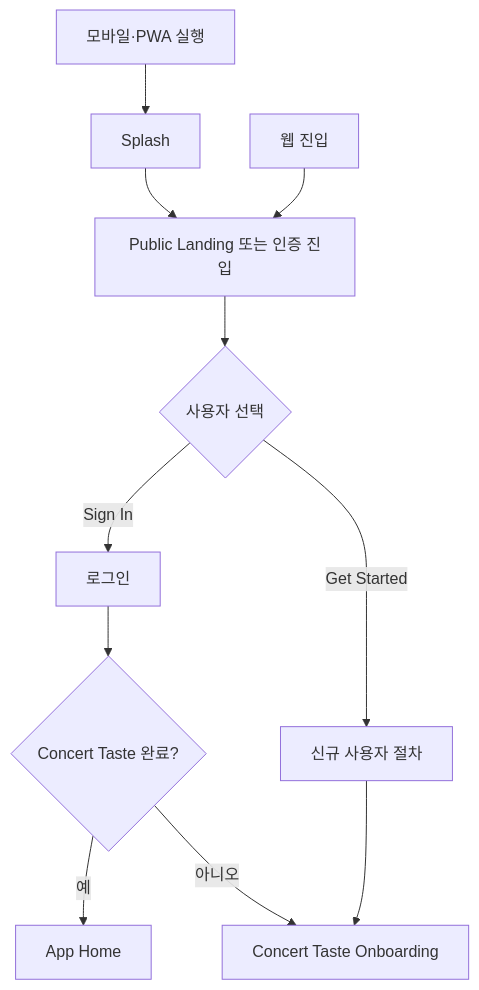
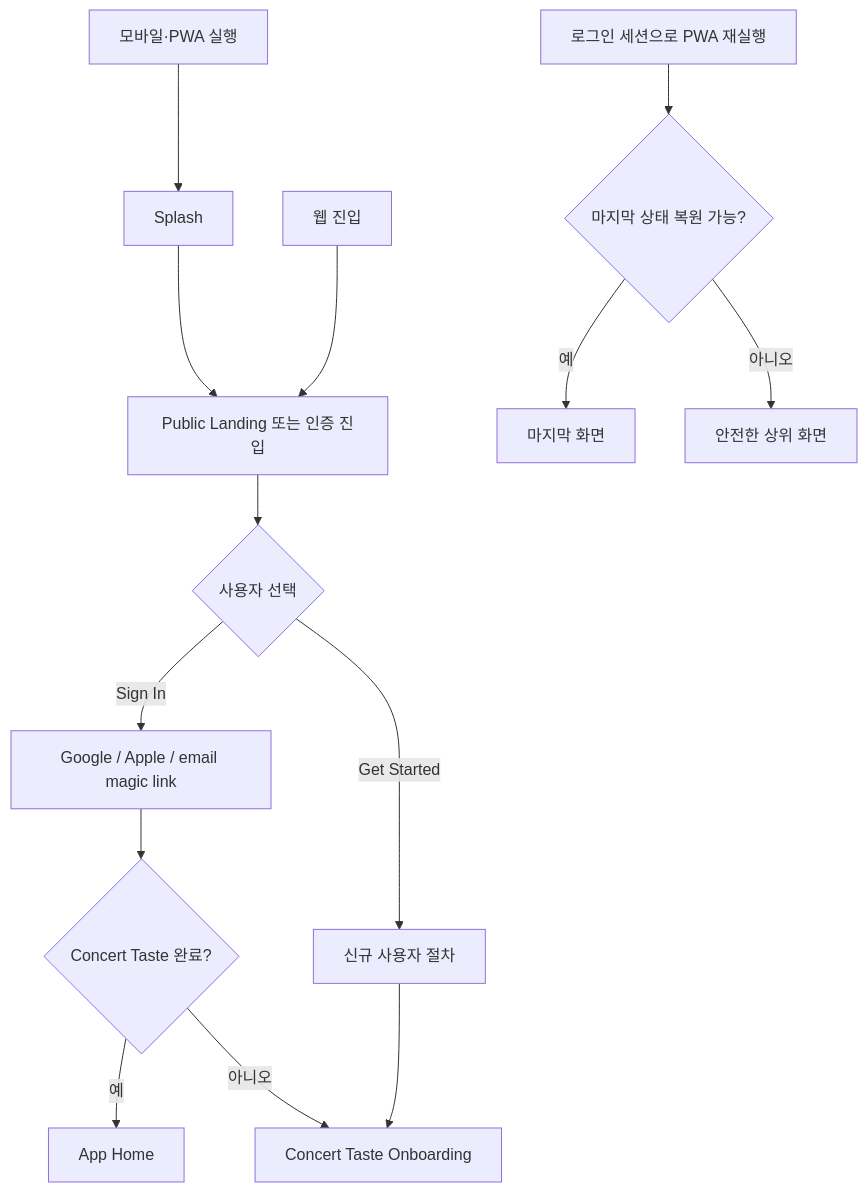
Before and after one commit to Skylar-Ahn/Resonance: the second of 20 diagrams in docs/product/USER_FLOW.md, drawn with Mermaid. The commit also changed other lines of this file and 37 other files, not shown here.

Commit message:
Refine seat recommendations and performance review archiving flows

````diff
--- a/docs/product/USER_FLOW.md
+++ b/docs/product/USER_FLOW.md
@@ -82,13 +85,16 @@
 ```mermaid
 flowchart TD
     M["모바일·PWA 실행"] --> S["Splash"]
     S --> P["Public Landing 또는 인증 진입"]
     W["웹 진입"] --> P
     P --> C{"사용자 선택"}
-    C -->|"Sign In"| SI["로그인"]
+    C -->|"Sign In"| SI["Google / Apple / email magic link"]
     C -->|"Get Started"| GS["신규 사용자 절차"]
     SI --> TC{"Concert Taste 완료?"}
     TC -->|"예"| H["App Home"]
     TC -->|"아니오"| T["Concert Taste Onboarding"]
     GS --> T["Concert Taste Onboarding"]
+    R["로그인 세션으로 PWA 재실행"] --> RS{"마지막 상태 복원 가능?"}
+    RS -->|"예"| L["마지막 화면"]
+    RS -->|"아니오"| SF["안전한 상위 화면"]
 ```
````
